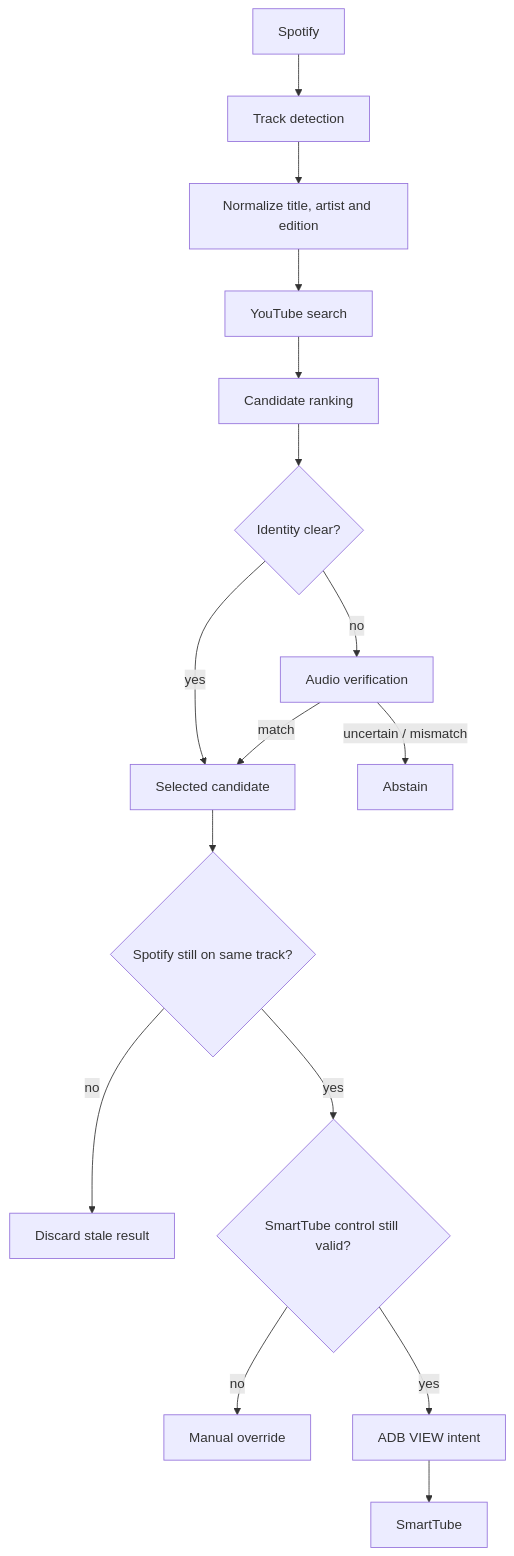
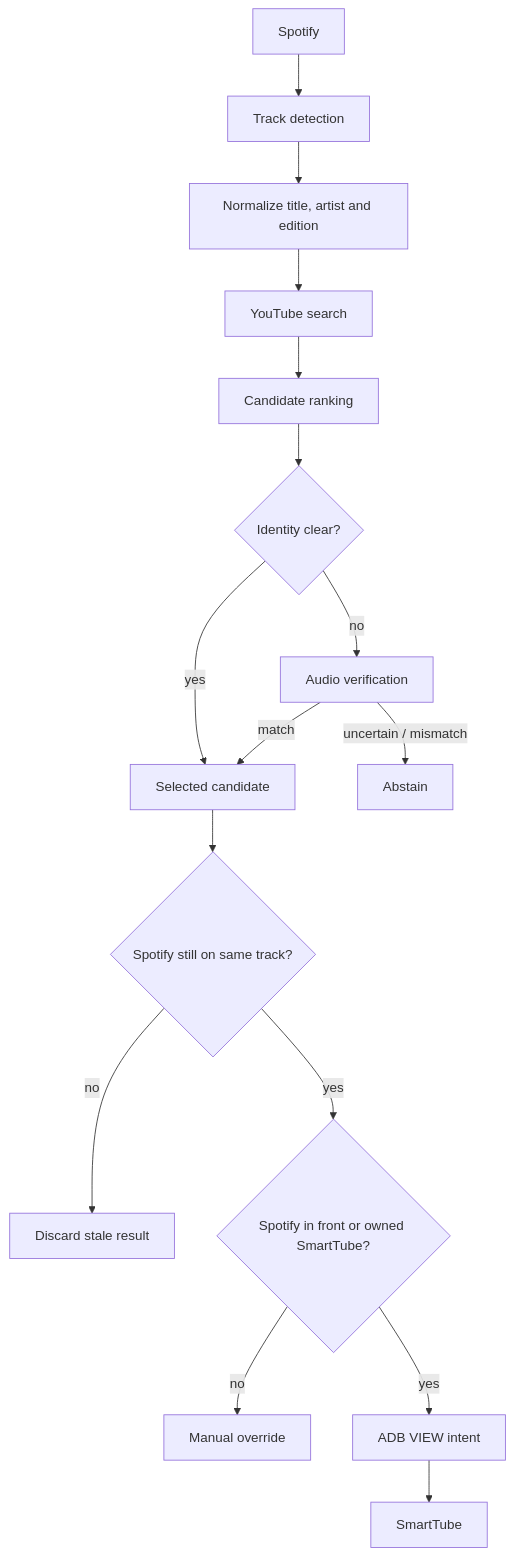
The diagram in README.md (searadacunha/Spotify-With-Youtube), drawn with Mermaid before and after one commit. The commit also changed other lines of this file and 14 other files, not shown here.

````diff
--- a/README.md
+++ b/README.md
@@ -314,18 +311,18 @@
 ```mermaid
 flowchart TD
     S[Spotify] --> D[Track detection]
     D --> N[Normalize title, artist and edition]
     N --> Y[YouTube search]
     Y --> R[Candidate ranking]
     R --> A{Identity clear?}
     A -->|yes| V[Selected candidate]
     A -->|no| C[Audio verification]
     C -->|match| V
     C -->|uncertain / mismatch| X[Abstain]
     V --> ST{Spotify still on same track?}
     ST -->|no| stale[Discard stale result]
-    ST -->|yes| G{SmartTube control still valid?}
+    ST -->|yes| G{Spotify in front or owned SmartTube?}
     G -->|no| M[Manual override]
     G -->|yes| I[ADB VIEW intent]
     I --> TV[SmartTube]
 ```
````
